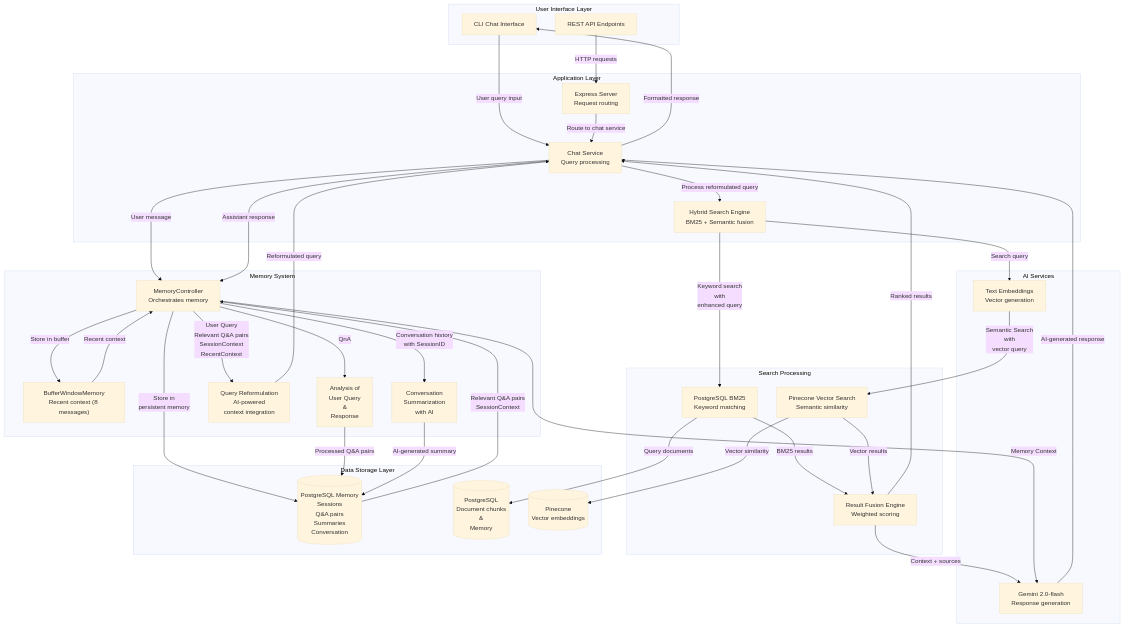
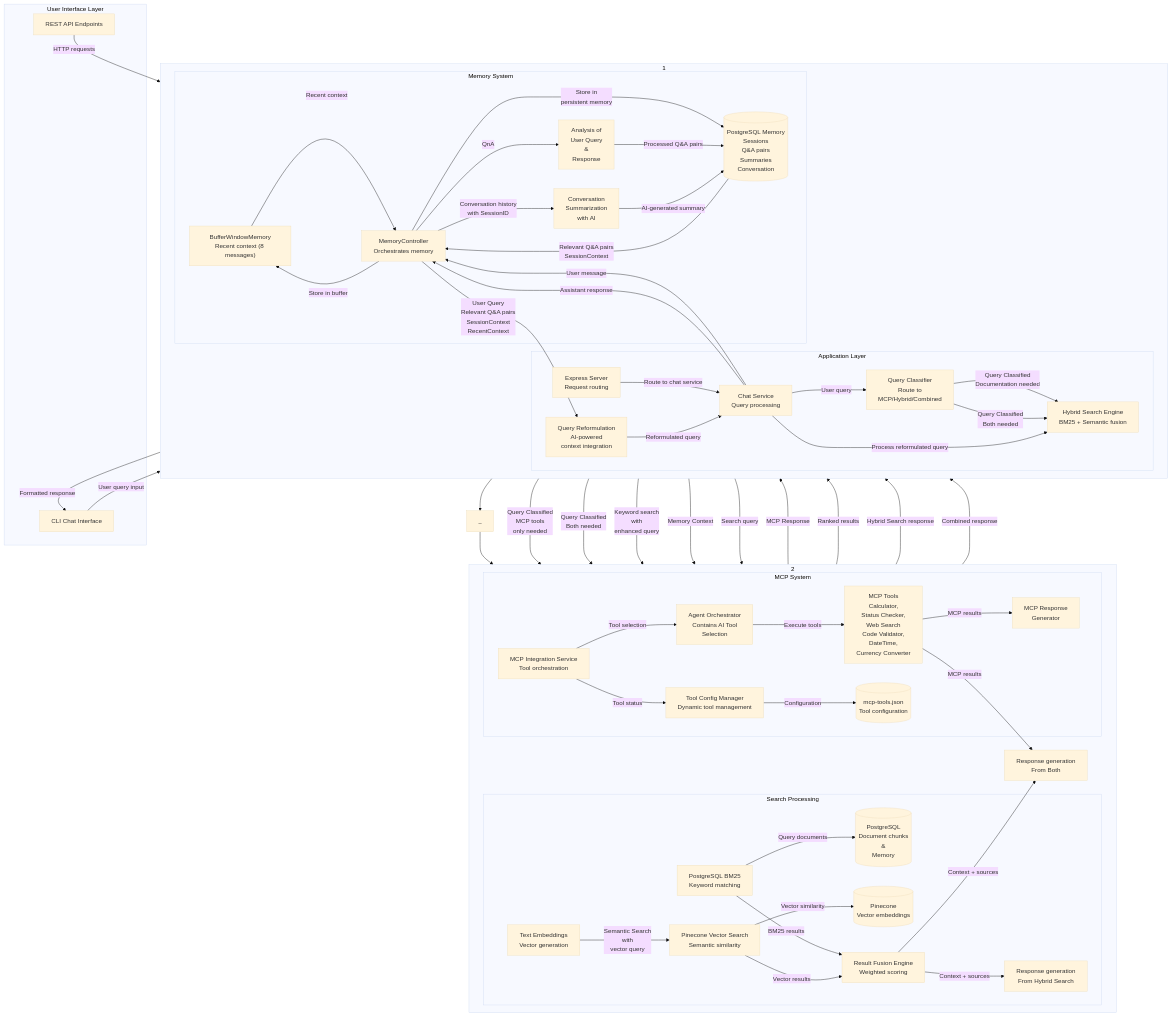
Before and after one commit to TEJ-Fellowship/pbl: the first of 4 diagrams in PBL4/StripeCustomerSupportAgent/Backend/README.md, drawn with Mermaid (base theme). The commit also changed other lines of this file, not shown here.

Commit message:
chore : update readme documentation

````diff
--- a/PBL4/StripeCustomerSupportAgent/Backend/README.md
+++ b/PBL4/StripeCustomerSupportAgent/Backend/README.md
@@ -37,46 +37,80 @@
 ```mermaid
 graph TB
-    subgraph "User Interface Layer"
+direction TB
+   subgraph "User Interface Layer"
         CLI["CLI Chat Interface"]
         API["REST API Endpoints"]
     end
-
+  subgraph "1"
+  direction LR
     subgraph "Application Layer"
         CHAT["Chat Service<br/>Query processing"]
+        CLASSIFIER["Query Classifier<br/>Route to <br/>MCP/Hybrid/Combined"]
         SEARCH["Hybrid Search Engine<br/>BM25 + Semantic fusion"]
         SERVER["Express Server<br/>Request routing"]
+        QUERY_REFORM["Query Reformulation<br/>AI-powered <br/>context integration"]
+
     end
-
     subgraph "Memory System"
         BUFFER["BufferWindowMemory<br/>Recent context (8 messages)"]
         MEMORY_CTRL["MemoryController<br/>Orchestrates memory"]
         AI_SUMMARY["Conversation <br/>Summarization <br/>with AI"]
-        QUERY_REFORM["Query Reformulation<br/>AI-powered <br/>context integration"]
         QnA_ANALYSIS["Analysis of <br/>User Query <br/>&<br/>Response"]
+        MEMORY_DB[("PostgreSQL Memory<br/>Sessions <br/>Q&A pairs <br/>Summaries <br/>Conversation")]
     end
 
+  end
+
+  subgraph "2"
+  direction LR
     subgraph "Search Processing"
+        EMBEDDINGS["Text Embeddings<br/>Vector generation"]
         BM25["PostgreSQL BM25<br/>Keyword matching"]
         VECTOR["Pinecone Vector Search<br/>Semantic similarity"]
         FUSION["Result Fusion Engine<br/>Weighted scoring"]
+        POSTGRES[("PostgreSQL<br/>Document chunks<br/> & <br/>Memory")]
+        PINECONE[("Pinecone<br/>Vector embeddings")]
+         GEMINI["Response generation<br/>From Hybrid Search"]
     end
 
-    subgraph "AI Services"
-        GEMINI["Gemini 2.0-flash<br/>Response generation"]
-        EMBEDDINGS["Text Embeddings<br/>Vector generation"]
+    subgraph "MCP System"
+        MCP_SERVICE["MCP Integration Service<br/>Tool orchestration"]
+        AGENT_ORCH["Agent Orchestrator<br/>Contains AI Tool <br/>Selection"]
+        MCP_TOOLS["MCP Tools<br/>Calculator, <br/>Status Checker, <br/>Web Search<br/>Code Validator, <br/>DateTime, <br/>Currency Converter"]
+        TOOL_CONFIG["Tool Config Manager<br/>Dynamic tool management"]
+        MCP_RESPONSE["MCP Response<br/>Generator"]
+         MCP_CONFIG[("mcp-tools.json<br/>Tool configuration")]
     end
+   COMBINED["Response generation<br/>From Both"]
+  end
 
-    subgraph "Data Storage Layer"
-        MEMORY_DB[("PostgreSQL Memory<br/>Sessions <br/>Q&A pairs <br/>Summaries <br/>Conversation")]
-        POSTGRES[("PostgreSQL<br/>Document chunks<br/> & <br/>Memory")]
-        PINECONE[("Pinecone<br/>Vector embeddings")]
-    end
+
+
+    1 --> _ --> 2
+
+
 
     %% User interaction flow
     CLI -->|"User query input"| CHAT
     API -->|"HTTP requests"| SERVER
     SERVER -->|"Route to chat service"| CHAT
     CHAT -->|"Formatted response"| CLI
+
+    %% Query classification and routing
+    CHAT -->|"User query"| CLASSIFIER
+    CLASSIFIER -->|"Query Classified <br/>MCP tools <br/>only needed"| MCP_SERVICE
+    CLASSIFIER -->|"Query Classified <br/>Documentation needed"| SEARCH
+    CLASSIFIER -->|"Query Classified <br/>Both needed"| MCP_SERVICE
+    CLASSIFIER -->|"Query Classified <br/>Both needed"| SEARCH
+
+    %% MCP system flow
+    MCP_SERVICE -->|"Tool selection"| AGENT_ORCH
+    AGENT_ORCH -->|"Execute tools"| MCP_TOOLS
+    MCP_SERVICE -->|"Tool status"| TOOL_CONFIG
+    TOOL_CONFIG -->|"Configuration"| MCP_CONFIG
+    MCP_RESPONSE -->|"MCP Response"| CHAT
+    MCP_TOOLS -->|"MCP results"| MCP_RESPONSE
+    MCP_TOOLS -->|"MCP results"| COMBINED
 
     %% Memory processing flow
     CHAT -->|"User message"| MEMORY_CTRL
@@ -86,7 +120,6 @@
     BUFFER -->|"Recent context"| MEMORY_CTRL
     MEMORY_DB -->|"Relevant Q&A pairs<br/>SessionContext"| MEMORY_CTRL
     MEMORY_CTRL -->|"User Query<br/>Relevant Q&A pairs<br/>SessionContext<br/>RecentContext"| QUERY_REFORM
-
 
     %% Search orchestration with memory
     CHAT -->|"Process reformulated query"| SEARCH
@@ -100,9 +133,11 @@
     VECTOR -->|"Vector results"| FUSION
     FUSION -->|"Ranked results"| CHAT
     FUSION -->|"Context + sources"| GEMINI
+    FUSION -->|"Context + sources"| COMBINED
 
     %% AI response generation with memory
-    GEMINI -->|"AI-generated response"| CHAT
+    GEMINI -->|"Hybrid Search response"| CHAT
+    COMBINED -->|"Combined response"| CHAT
     CHAT -->|"Assistant response"| MEMORY_CTRL
     QnA_ANALYSIS -->|"Processed Q&A pairs"| MEMORY_DB
     MEMORY_CTRL -->|"Memory Context"| GEMINI
@@ -111,7 +146,6 @@
     MEMORY_CTRL -->|"Conversation history<br/>with SessionID"| AI_SUMMARY
     AI_SUMMARY -->|"AI-generated summary"| MEMORY_DB
 
-
     %% Search and embeddings flow
     SEARCH -->|"Search query"| EMBEDDINGS
     EMBEDDINGS -->|"Semantic Search</br>with</br>vector query"| VECTOR
````
